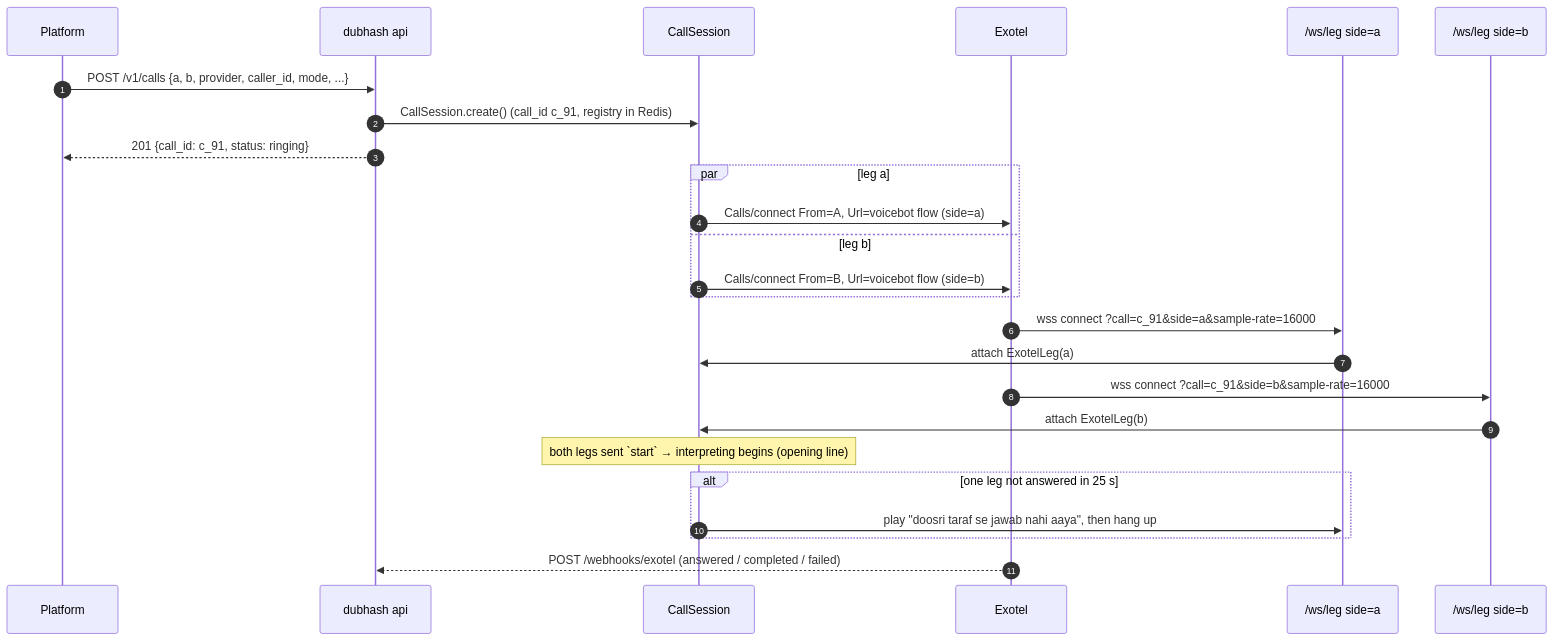
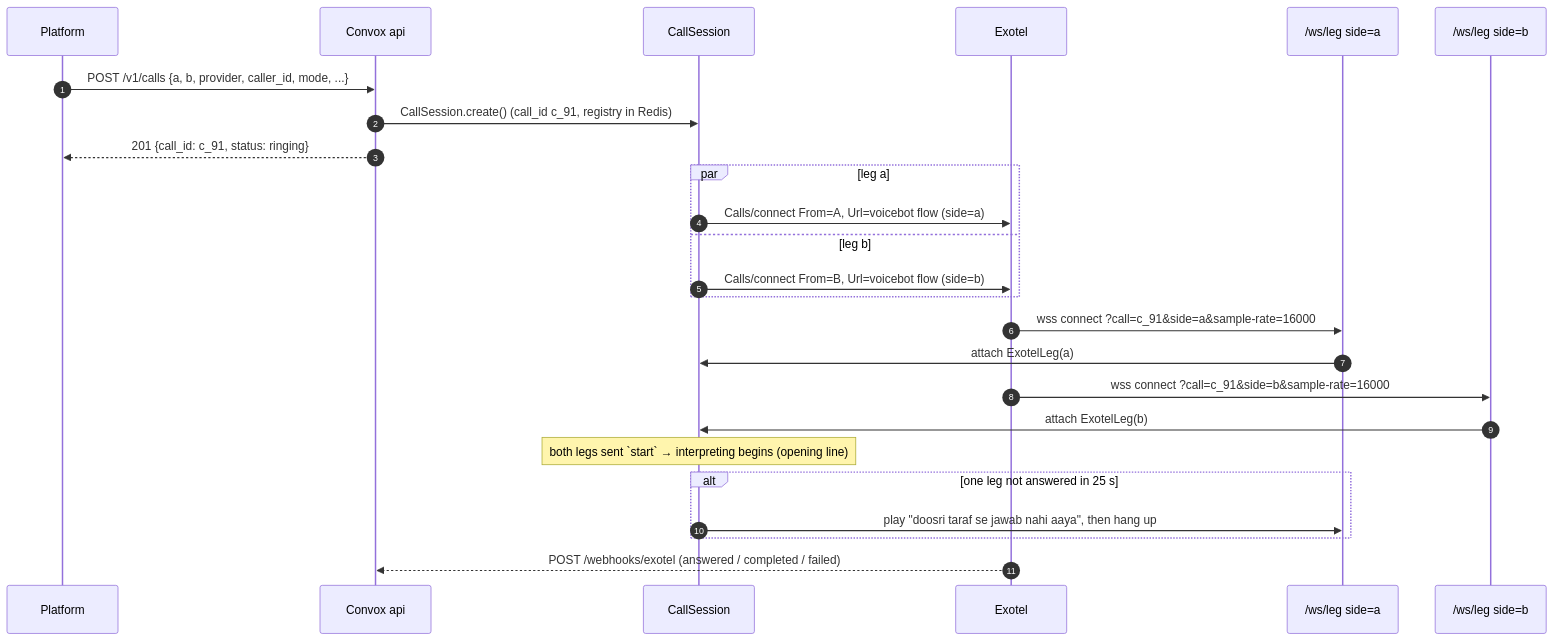
Before and after one commit to rohansx/convox: the first of 2 diagrams in docs/tech-spec/leg-transports.md, drawn with Mermaid. The commit also changed other lines of this file and 401 other files, not shown here.

````diff
--- a/docs/tech-spec/leg-transports.md
+++ b/docs/tech-spec/leg-transports.md
@@ -42,28 +42,28 @@
 ```mermaid
 sequenceDiagram
     autonumber
     participant P as Platform
-    participant API as dubhash api
+    participant API as Convox api
     participant S as CallSession
     participant X as Exotel
     participant WA as /ws/leg side=a
     participant WB as /ws/leg side=b
 
     P->>API: POST /v1/calls {a, b, provider, caller_id, mode, ...}
     API->>S: CallSession.create() (call_id c_91, registry in Redis)
     API-->>P: 201 {call_id: c_91, status: ringing}
     par leg a
         S->>X: Calls/connect From=A, Url=voicebot flow (side=a)
     and leg b
         S->>X: Calls/connect From=B, Url=voicebot flow (side=b)
     end
     X->>WA: wss connect ?call=c_91&side=a&sample-rate=16000
     WA->>S: attach ExotelLeg(a)
     X->>WB: wss connect ?call=c_91&side=b&sample-rate=16000
     WB->>S: attach ExotelLeg(b)
     Note over S: both legs sent `start` → interpreting begins (opening line)
     alt one leg not answered in 25 s
         S->>WA: play "doosri taraf se jawab nahi aaya", then hang up
     end
     X-->>API: POST /webhooks/exotel (answered / completed / failed)
 ```
````
